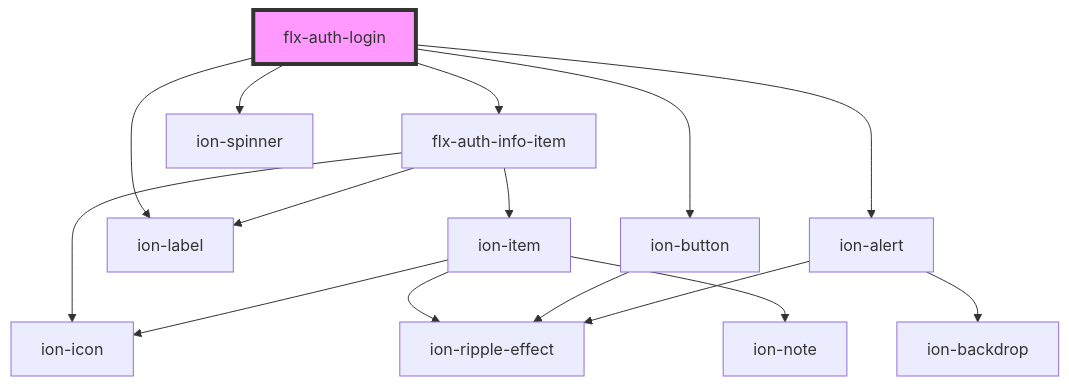
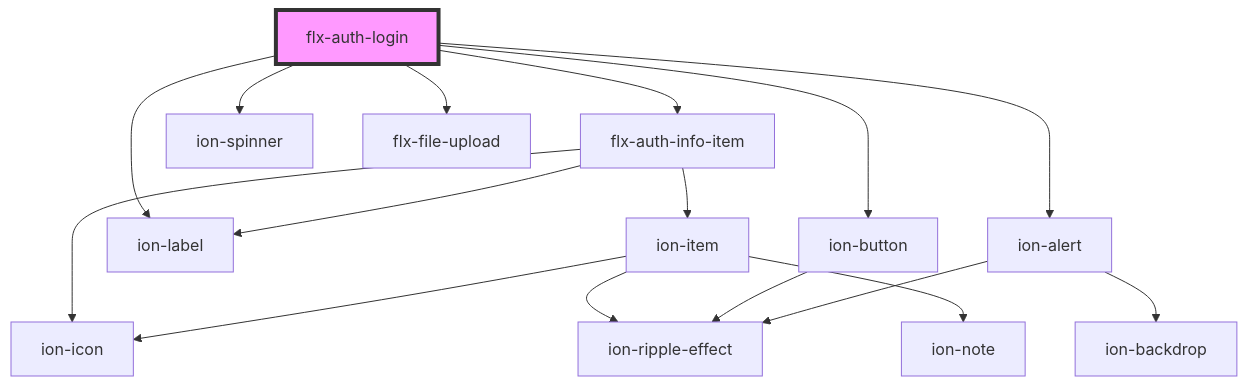
Before and after one commit to Scan0815/felix-core: the diagram in src/components/auth/login/readme.md, drawn with Mermaid. The commit also changed other lines of this file and 7 other files, not shown here.

````diff
--- a/src/components/auth/login/readme.md
+++ b/src/components/auth/login/readme.md
@@ -51,18 +52,19 @@
 ```mermaid
 graph TD;
   flx-auth-login --> flx-auth-info-item
   flx-auth-login --> ion-button
   flx-auth-login --> ion-label
   flx-auth-login --> ion-spinner
+  flx-auth-login --> flx-file-upload
   flx-auth-login --> ion-alert
   flx-auth-info-item --> ion-item
   flx-auth-info-item --> ion-icon
   flx-auth-info-item --> ion-label
   ion-item --> ion-icon
   ion-item --> ion-ripple-effect
   ion-item --> ion-note
   ion-button --> ion-ripple-effect
   ion-alert --> ion-ripple-effect
   ion-alert --> ion-backdrop
   style flx-auth-login fill:#f9f,stroke:#333,stroke-width:4px
 ```
````
